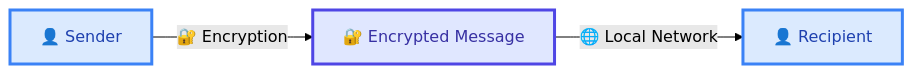
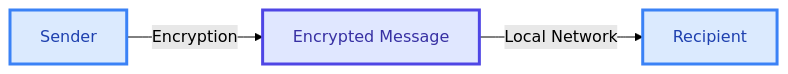
The third of 3 diagrams in README.md (CasCadeVR/MIN), drawn with Mermaid (forest theme) before and after one commit. The commit also changed other lines of this file and 1 other file, not shown here.

````diff
--- a/README.md
+++ b/README.md
@@ -216,13 +216,13 @@
 ```mermaid
 flowchart LR
     classDef sender fill:#dbeafe,stroke:#3b82f6,stroke-width:3px,color:#1e40af
     classDef encrypted fill:#e0e7ff,stroke:#4f46e5,stroke-width:3px,color:#3730a3
     classDef recipient fill:#dbeafe,stroke:#3b82f6,stroke-width:3px,color:#1e40af
     
-    A["👤 Sender"] -->|"🔐 Encryption"| B["🔐 Encrypted Message"]
-    B -->|"🌐 Local Network"| C["👤 Recipient"]
+    A["Sender"] -->|"Encryption"| B["Encrypted Message"]
+    B -->|"Local Network"| C["Recipient"]
     
     class A sender;
     class B encrypted;
     class C recipient
 ```
````
